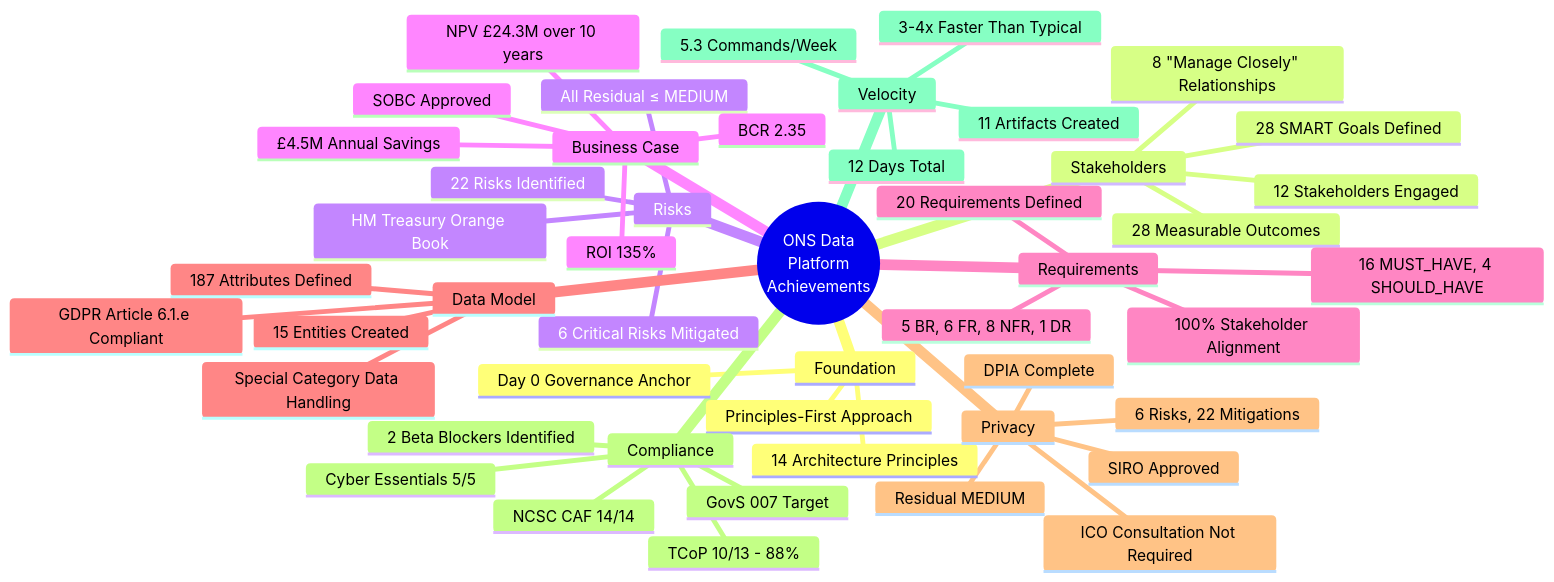
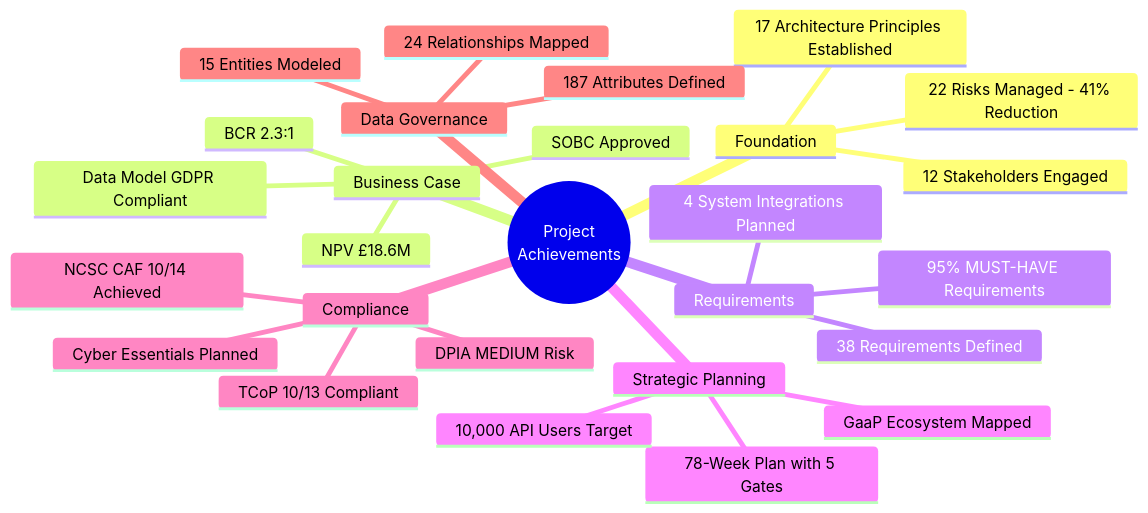
The eighth of 9 diagrams in projects/001-ons-data-platform-modernisation/PROJECT-STORY.md (tractorjuice/arckit-test-project-v8-ons-data-platform), drawn with Mermaid before and after one commit. The commit also changed other lines of this file and 10 other files, not shown here.

First line of the commit message:
docs: update ONS project artifacts to template v0.11.2

````diff
--- a/projects/001-ons-data-platform-modernisation/PROJECT-STORY.md
+++ b/projects/001-ons-data-platform-modernisation/PROJECT-STORY.md
@@ -1366,51 +735,30 @@
 ```mermaid
 mindmap
-  root((ONS Data<br/>Platform<br/>Achievements))
+  root((Project<br/>Achievements))
     Foundation
-      14 Architecture Principles
-      Principles-First Approach
-      Day 0 Governance Anchor
-    Stakeholders
+      17 Architecture Principles Established
       12 Stakeholders Engaged
-      28 SMART Goals Defined
-      28 Measurable Outcomes
-      8 "Manage Closely" Relationships
-    Risks
-      22 Risks Identified
-      6 Critical Risks Mitigated
-      HM Treasury Orange Book
-      All Residual ≤ MEDIUM
+      22 Risks Managed - 41% Reduction
     Business Case
       SOBC Approved
-      NPV £24.3M over 10 years
-      ROI 135%
-      BCR 2.35
-      £4.5M Annual Savings
+      NPV £18.6M
+      BCR 2.3:1
+      Data Model GDPR Compliant
     Requirements
-      20 Requirements Defined
-      5 BR, 6 FR, 8 NFR, 1 DR
-      16 MUST_HAVE, 4 SHOULD_HAVE
-      100% Stakeholder Alignment
-    Data Model
-      15 Entities Created
+      38 Requirements Defined
+      95% MUST-HAVE Requirements
+      4 System Integrations Planned
+    Strategic Planning
+      78-Week Plan with 5 Gates
+      GaaP Ecosystem Mapped
+      10,000 API Users Target
+    Compliance
+      TCoP 10/13 Compliant
+      NCSC CAF 10/14 Achieved
+      DPIA MEDIUM Risk
+      Cyber Essentials Planned
+    Data Governance
+      15 Entities Modeled
       187 Attributes Defined
-      GDPR Article 6.1.e Compliant
-      Special Category Data Handling
-    Privacy
-      DPIA Complete
-      6 Risks, 22 Mitigations
-      Residual MEDIUM
-      ICO Consultation Not Required
-      SIRO Approved
-    Compliance
-      TCoP 10/13 - 88%
-      NCSC CAF 14/14
-      Cyber Essentials 5/5
-      GovS 007 Target
-      2 Beta Blockers Identified
-    Velocity
-      12 Days Total
-      11 Artifacts Created
-      5.3 Commands/Week
-      3-4x Faster Than Typical
+      24 Relationships Mapped
 ```
````
